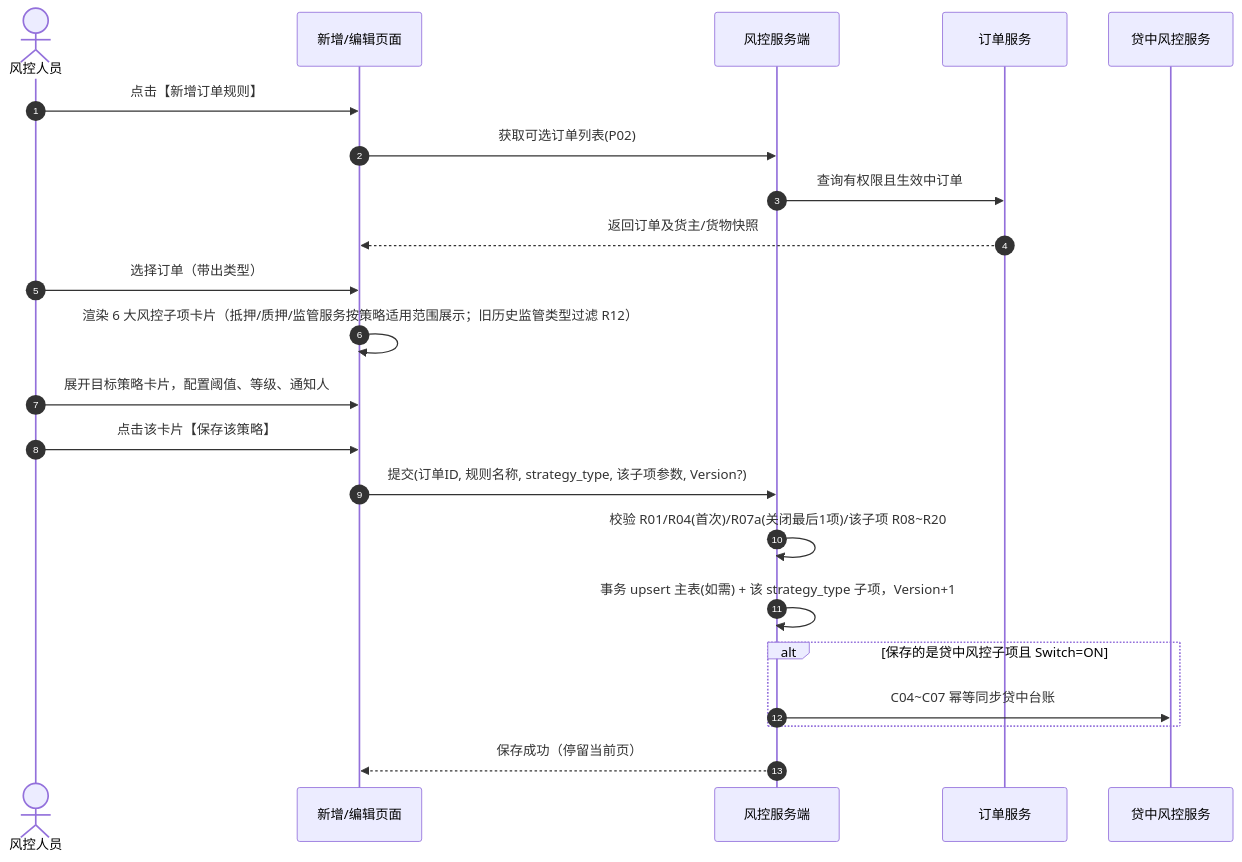
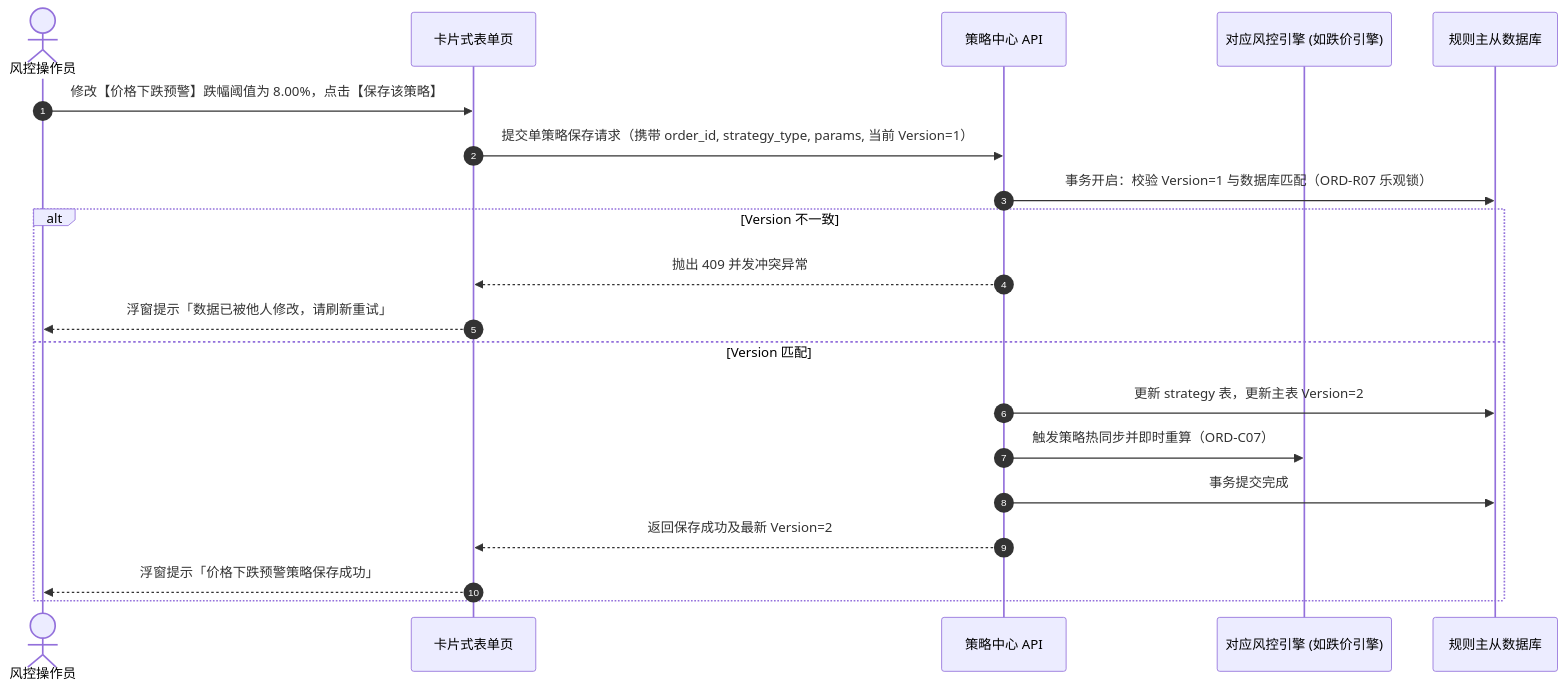
One commit to RobertHuang999/SYZC changed the second of 3 diagrams in 02-PRD文档/B-迭代需求/6.2版本（2026.08）/03-预警配置/03订单预警配置/订单预警配置业务规则规格.md. Above: the diagram before and after it, drawn with Mermaid. The commit also changed other lines of this file and 146 other files, not shown here.

````diff
--- a/02-PRD文档/B-迭代需求/6.2版本（2026.08）/03-预警配置/03订单预警配置/订单预警配置业务规则规格.md
+++ b/02-PRD文档/B-迭代需求/6.2版本（2026.08）/03-预警配置/03订单预警配置/订单预警配置业务规则规格.md
@@ -331,25 +187,23 @@
 ```mermaid
 sequenceDiagram
     autonumber
-    actor User as 风控人员
-    participant FE as 新增/编辑页面
-    participant API as 风控服务端
-    participant ORD as 订单服务
-    participant MID as 贷中风控服务
+    actor Officer as 风控操作员
+    participant FE as 卡片式表单页
+    participant API as 策略中心 API
+    participant ENG as 对应风控引擎 (如跌价引擎)
+    participant DB as 规则主从数据库
 
-    User->>FE: 点击【新增订单规则】
-    FE->>API: 获取可选订单列表(P02)
-    API->>ORD: 查询有权限且生效中订单
-    ORD-->>FE: 返回订单及货主/货物快照
-    User->>FE: 选择订单（带出类型）
-    FE->>FE: 渲染 6 大风控子项卡片（抵押/质押/监管服务按策略适用范围展示；旧历史监管类型过滤 R12）
-    User->>FE: 展开目标策略卡片，配置阈值、等级、通知人
-    User->>FE: 点击该卡片【保存该策略】
-    FE->>API: 提交(订单ID, 规则名称, strategy_type, 该子项参数, Version?)
-    API->>API: 校验 R01/R04(首次)/R07a(关闭最后1项)/该子项 R08~R20
-    API->>API: 事务 upsert 主表(如需) + 该 strategy_type 子项，Version+1
-    alt 保存的是贷中风控子项且 Switch=ON
-        API->>MID: C04~C07 幂等同步贷中台账
+    Officer->>FE: 修改【价格下跌预警】跌幅阈值为 8.00%，点击【保存该策略】
+    FE->>API: 提交单策略保存请求（携带 order_id, strategy_type, params, 当前 Version=1）
+    API->>DB: 事务开启：校验 Version=1 与数据库匹配（ORD-R07 乐观锁）
+    alt Version 不一致
+        API-->>FE: 抛出 409 并发冲突异常
+        FE-->>Officer: 浮窗提示「数据已被他人修改，请刷新重试」
+    else Version 匹配
+        API->>DB: 更新 strategy 表，更新主表 Version=2
+        API->>ENG: 触发策略热同步并即时重算（ORD-C07）
+        API->>DB: 事务提交完成
+        API-->>FE: 返回保存成功及最新 Version=2
+        FE-->>Officer: 浮窗提示「价格下跌预警策略保存成功」
     end
-    API-->>FE: 保存成功（停留当前页）
 ```
````
